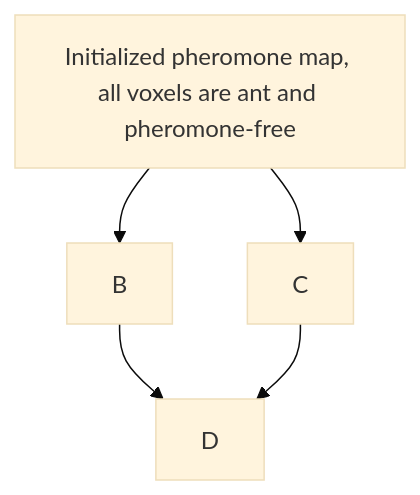
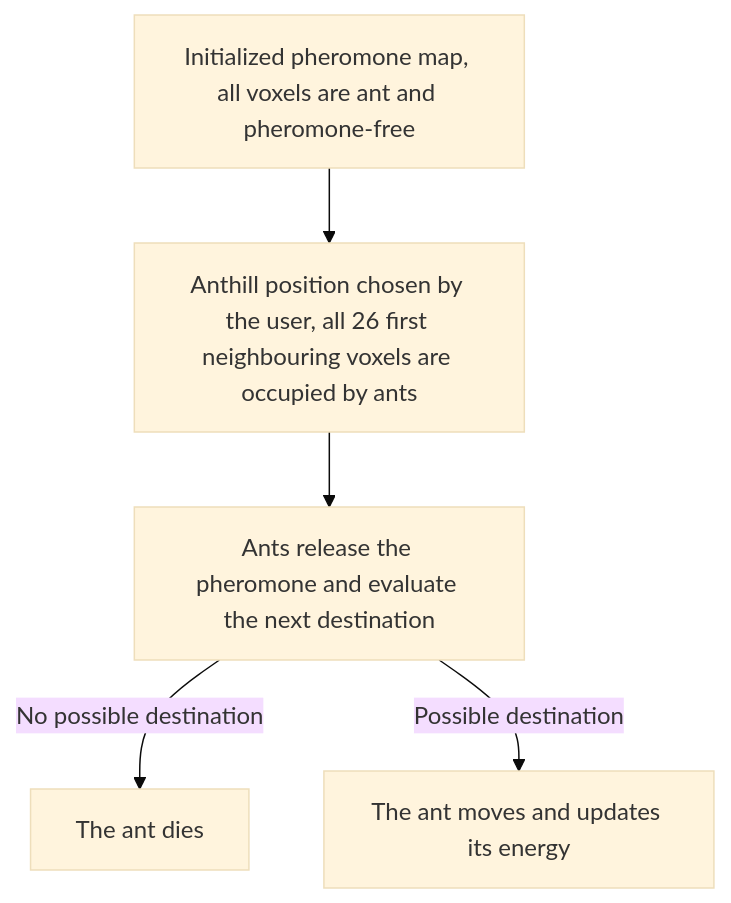
Before and after one commit to LorenzoPierfederici98/CAM_algorithm: the diagram in README.md, drawn with Mermaid (base theme).

````diff
--- a/README.md
+++ b/README.md
@@ -16,7 +16,7 @@
 ```mermaid
 graph TD;
-    A[Initialized pheromone map, all voxels are ant and pheromone-free]-->B;
-    A-->C;
-    B-->D;
-    C-->D;
+    A[Initialized pheromone map, all voxels are ant and pheromone-free]-->B[Anthill position chosen by the user, all 26 first neighbouring voxels are occupied by ants];
+    B-->C[Ants release the pheromone and evaluate the next destination];
+    C-->|No possible destination| D[The ant dies];
+    C-->|Possible destination| E[The ant moves and updates its energy];
 ```
````
